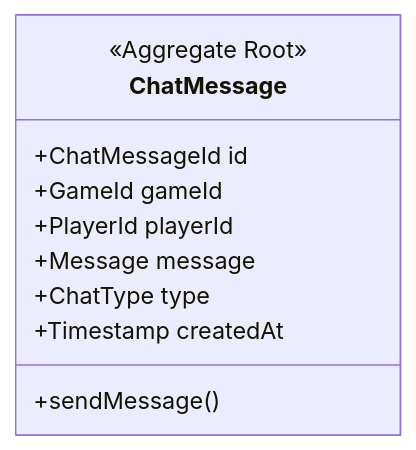
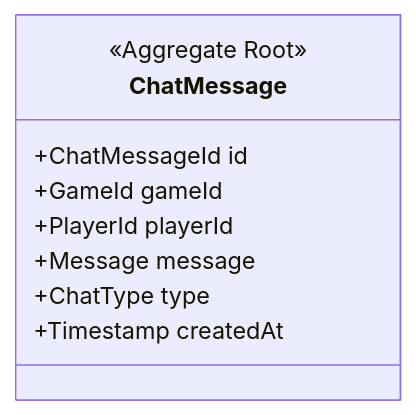
One commit to otonowa-naka/esiritori changed the fifth of 5 diagrams in design/domain-model.md. Above: the diagram before and after it, drawn with Mermaid. The commit also changed other lines of this file and 1 other file, not shown here.

````diff
--- a/design/domain-model.md
+++ b/design/domain-model.md
@@ -244,13 +272,12 @@
 ```mermaid
 classDiagram
     class ChatMessage {
         <<Aggregate Root>>
         +ChatMessageId id
         +GameId gameId
         +PlayerId playerId
         +Message message
         +ChatType type
         +Timestamp createdAt
-        +sendMessage()
     }
 ```
````
